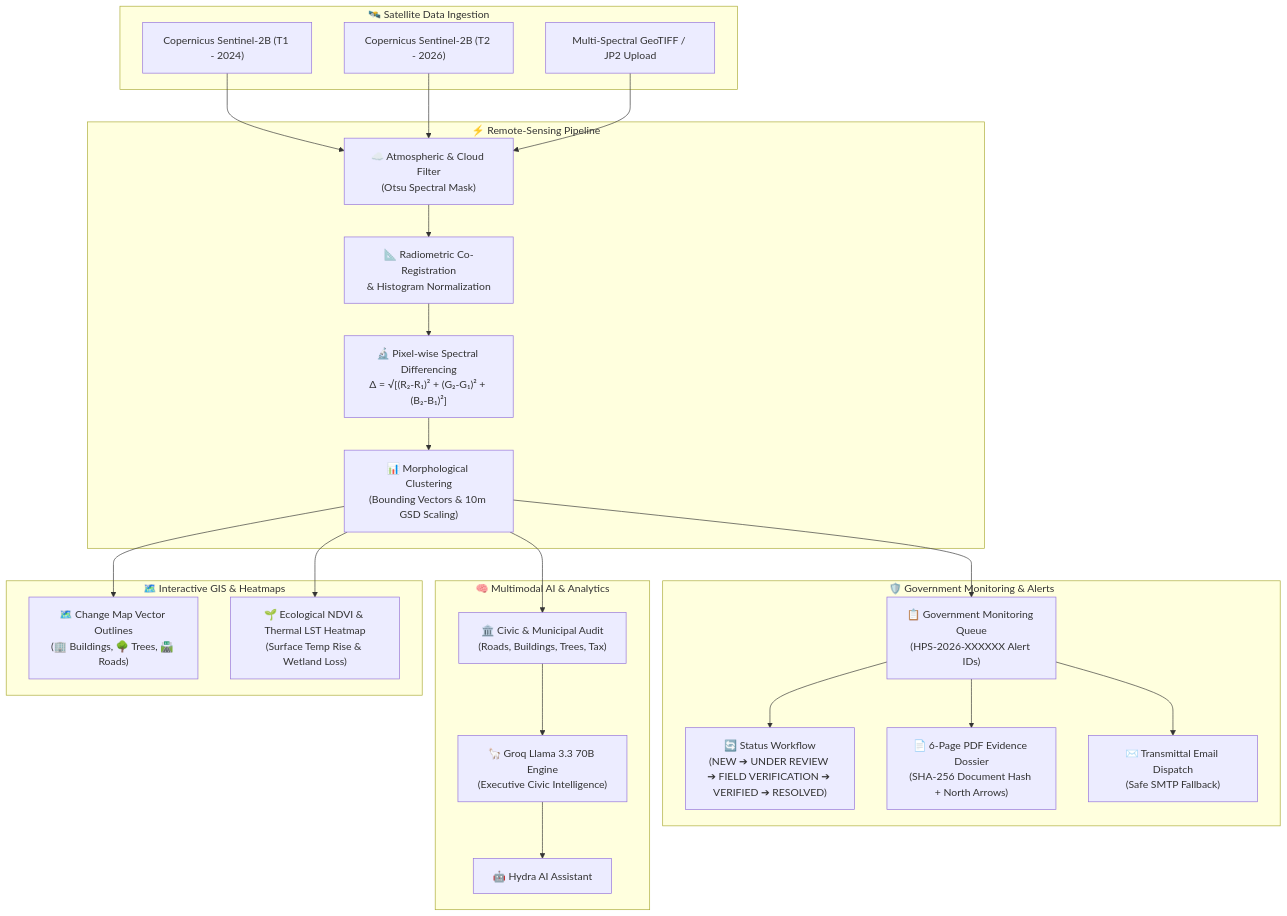
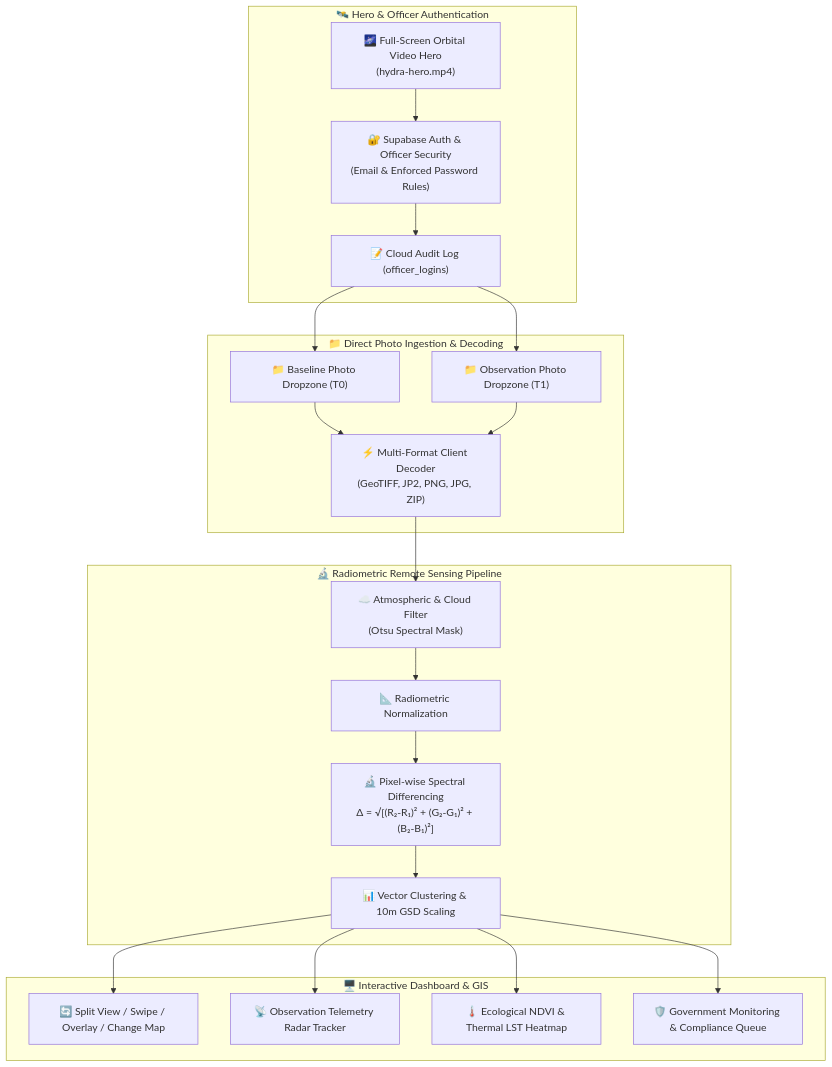
Before and after one commit to 24ug1byai106-png/Geowatch: the diagram in README.md, drawn with Mermaid. The commit also changed other lines of this file, not shown here.

Commit message:
docs: update README with full platform architecture, dropzone ingestion, Supabase auth, and remote-sensing features

````diff
--- a/README.md
+++ b/README.md
@@ -25,45 +25,34 @@
 ```mermaid
 flowchart TD
-    subgraph Ingestion ["🛰️ Satellite Data Ingestion"]
-        S2_2024["Copernicus Sentinel-2B (T1 - 2024)"]
-        S2_2026["Copernicus Sentinel-2B (T2 - 2026)"]
-        Upload["Multi-Spectral GeoTIFF / JP2 Upload"]
+    subgraph Landing ["🛰️ Hero & Officer Authentication"]
+        VideoHero["🌌 Full-Screen Orbital Video Hero\n(hydra-hero.mp4)"]
+        SupabaseAuth["🔐 Supabase Auth & Officer Security\n(Email & Enforced Password Rules)"]
+        OfficerLog["📝 Cloud Audit Log (officer_logins)"]
     end
 
-    subgraph Processing ["⚡ Remote-Sensing Pipeline"]
-        CloudMask["☁️ Atmospheric & Cloud Filter\n(Otsu Spectral Mask)"]
-        CoReg["📐 Radiometric Co-Registration\n& Histogram Normalization"]
-        Diff["🔬 Pixel-wise Spectral Differencing\nΔ = √[(R₂-R₁)² + (G₂-G₁)² + (B₂-B₁)²]"]
-        Contour["📊 Morphological Clustering\n(Bounding Vectors & 10m GSD Scaling)"]
+    subgraph Ingestion ["📁 Direct Photo Ingestion & Decoding"]
+        DropzoneT0["📁 Baseline Photo Dropzone (T0)"]
+        DropzoneT1["📁 Observation Photo Dropzone (T1)"]
+        Decoder["⚡ Multi-Format Client Decoder\n(GeoTIFF, JP2, PNG, JPG, ZIP)"]
     end
 
-    subgraph GovModule ["🛡️ Government Monitoring & Alerts"]
-        AlertQueue["📋 Government Monitoring Queue\n(HPS-2026-XXXXXX Alert IDs)"]
-        StatusWorkflow["🔄 Status Workflow\n(NEW ➔ UNDER REVIEW ➔ FIELD VERIFICATION ➔ VERIFIED ➔ RESOLVED)"]
-        PDFGen["📄 6-Page PDF Evidence Dossier\n(SHA-256 Document Hash + North Arrows)"]
-        EmailShare["✉️ Transmittal Email Dispatch\n(Safe SMTP Fallback)"]
+    subgraph Processing ["🔬 Radiometric Remote Sensing Pipeline"]
+        CloudMask["☁️ Atmospheric & Cloud Filter\n(Otsu Spectral Mask)"]
+        CoReg["📐 Radiometric Normalization"]
+        Diff["🔬 Pixel-wise Spectral Differencing\nΔ = √[(R₂-R₁)² + (G₂-G₁)² + (B₂-B₁)²]"]
+        Contour["📊 Vector Clustering & 10m GSD Scaling"]
     end
 
-    subgraph AI ["🧠 Multimodal AI & Analytics"]
-        Groq["🦙 Groq Llama 3.3 70B Engine\n(Executive Civic Intelligence)"]
-        CivicAudit["🏛️ Civic & Municipal Audit\n(Roads, Buildings, Trees, Tax)"]
-        AskAI["🤖 Hydra AI Assistant"]
+    subgraph Workspace ["🖥️ Interactive Dashboard & GIS"]
+        Visualizer["🔄 Split View / Swipe / Overlay / Change Map"]
+        RadarTelemetry["📡 Observation Telemetry Radar Tracker"]
+        NDVIHeatmap["🌡️ Ecological NDVI & Thermal LST Heatmap"]
+        GovAlerts["🛡️ Government Monitoring & Compliance Queue"]
     end
 
-    subgraph Outputs ["🗺️ Interactive GIS & Heatmaps"]
-        GISMap["🗺️ Change Map Vector Outlines\n(🏢 Buildings, 🌳 Trees, 🛣️ Roads)"]
-        NDVIMap["🌱 Ecological NDVI & Thermal LST Heatmap\n(Surface Temp Rise & Wetland Loss)"]
-    end
-
-    S2_2024 --> CloudMask
-    S2_2026 --> CloudMask
-    Upload --> CloudMask
-
+    VideoHero --> SupabaseAuth --> OfficerLog
+    OfficerLog --> DropzoneT0 & DropzoneT1
+    DropzoneT0 & DropzoneT1 --> Decoder --> CloudMask
     CloudMask --> CoReg --> Diff --> Contour
-    Contour --> AlertQueue --> StatusWorkflow
-    AlertQueue --> PDFGen
-    AlertQueue --> EmailShare
-    Contour --> CivicAudit --> Groq --> AskAI
-    Contour --> GISMap
-    Contour --> NDVIMap
+    Contour --> Visualizer & RadarTelemetry & NDVIHeatmap & GovAlerts
 ```
````
